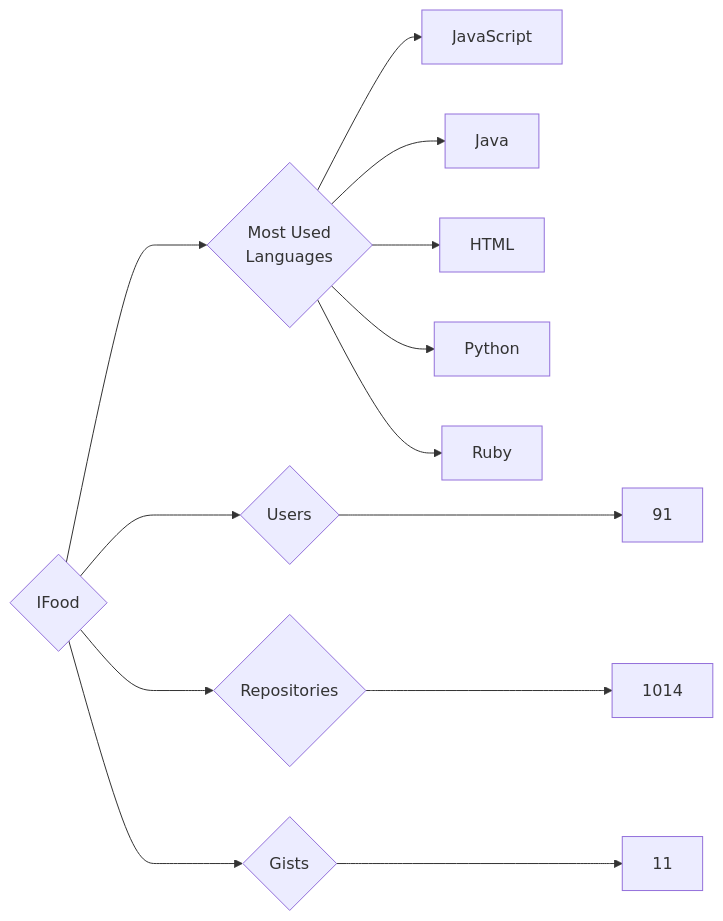
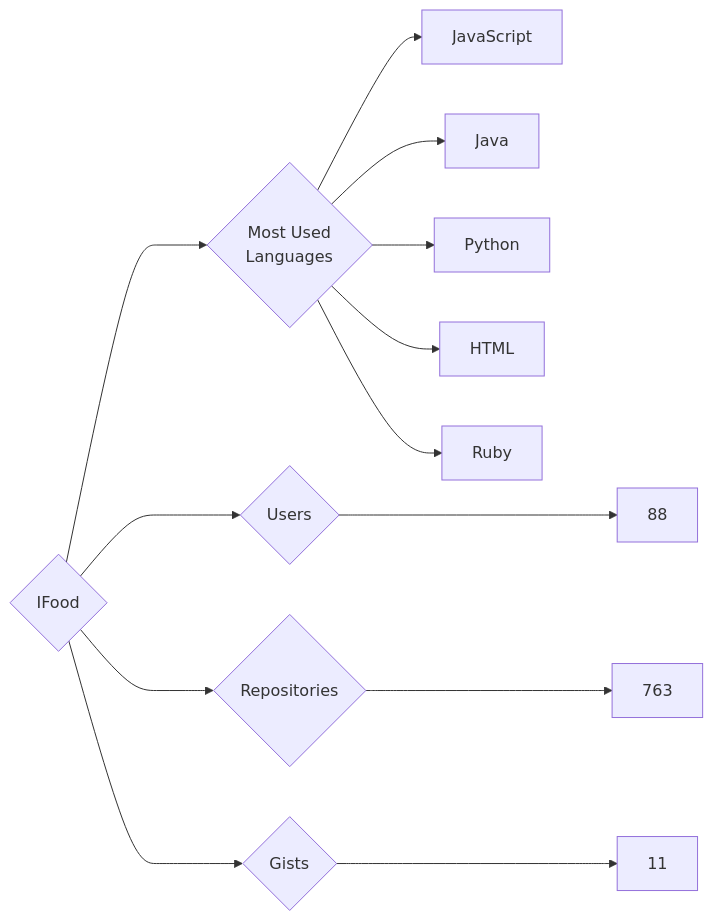
One commit to trickest/insiders changed the diagram in targets/IFood/README.md. Above: the diagram before and after it, drawn with Mermaid. The commit also changed 736 other files, not shown here.

````diff
--- a/targets/IFood/README.md
+++ b/targets/IFood/README.md
@@ -3,13 +3,13 @@
 ```mermaid
 graph LR
 COMPANY_NAME{IFood}
-COMPANY_NAME ---> U{Users} ---> UN[91]
-COMPANY_NAME ---> R{Repositories} ---> RN[1014]
+COMPANY_NAME ---> U{Users} ---> UN[88]
+COMPANY_NAME ---> R{Repositories} ---> RN[763]
 COMPANY_NAME ---> G{Gists} ---> GN[11]
 COMPANY_NAME ---> ML{Most Used<br>Languages}
 ML --> JavaScript[JavaScript]
 ML --> Java[Java]
+ML --> Python[Python]
 ML --> HTML[HTML]
-ML --> Python[Python]
 ML --> Ruby[Ruby]
 ```
````
